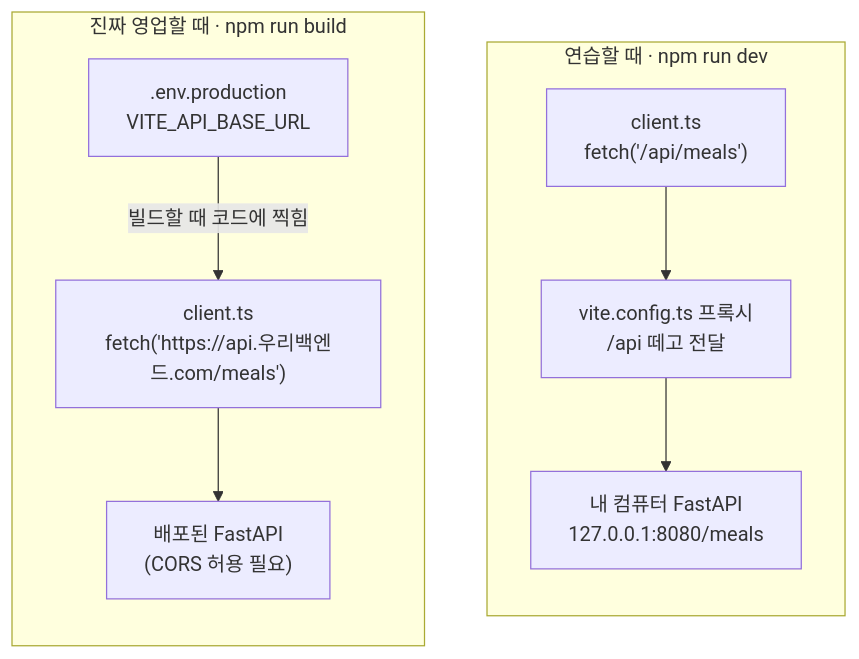
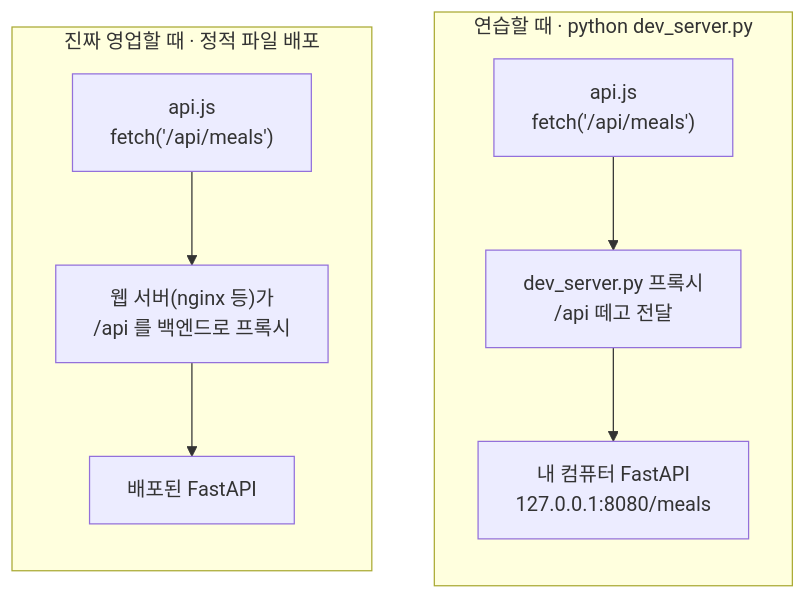
The third of 3 diagrams in frontend/GUIDE.md (pasta1513/aws_project), drawn with Mermaid before and after one commit. The commit also changed other lines of this file and 96 other files, not shown here.

````diff
--- a/frontend/GUIDE.md
+++ b/frontend/GUIDE.md
@@ -120,11 +108,11 @@
 ```mermaid
 flowchart TB
-    subgraph DEV["연습할 때 · npm run dev"]
+    subgraph DEV["연습할 때 · python dev_server.py"]
         direction TB
-        d1["client.ts<br/>fetch('/api/meals')"] --> d2["vite.config.ts 프록시<br/>/api 떼고 전달"] --> d3["내 컴퓨터 FastAPI<br/>127.0.0.1:8080/meals"]
+        d1["api.js<br/>fetch('/api/meals')"] --> d2["dev_server.py 프록시<br/>/api 떼고 전달"] --> d3["내 컴퓨터 FastAPI<br/>127.0.0.1:8080/meals"]
     end
-    subgraph PROD["진짜 영업할 때 · npm run build"]
+    subgraph PROD["진짜 영업할 때 · 정적 파일 배포"]
         direction TB
-        p0[".env.production<br/>VITE_API_BASE_URL"] -- 빌드할 때 코드에 찍힘 --> p1["client.ts<br/>fetch('https://api.우리백엔드.com/meals')"] --> p2["배포된 FastAPI<br/>(CORS 허용 필요)"]
+        p1["api.js<br/>fetch('/api/meals')"] --> p2["웹 서버(nginx 등)가<br/>/api 를 백엔드로 프록시"] --> p3["배포된 FastAPI"]
     end
 ```
````
